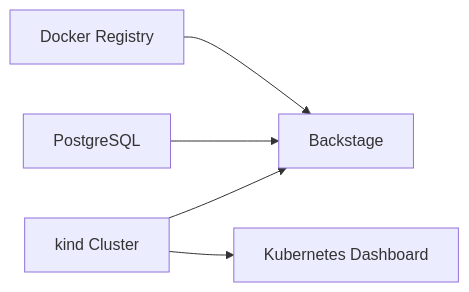
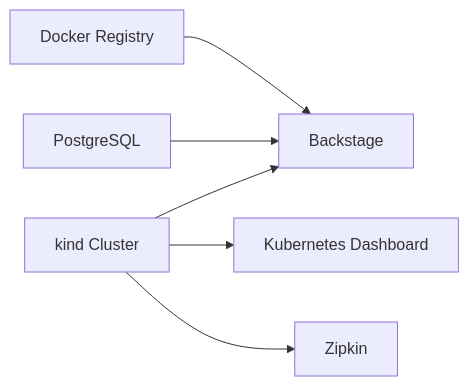
One commit to medimohammadise/elegant-infra-engine changed the third of 3 diagrams in README.md. Above: the diagram before and after it, drawn with Mermaid. The commit also changed other lines of this file and 17 other files, not shown here.

````diff
--- a/README.md
+++ b/README.md
@@ -75,7 +81,8 @@
 ```mermaid
 flowchart LR
   Registry["Docker Registry"] --> BackstageApp["Backstage"]
   PostgresDb["PostgreSQL"] --> BackstageApp
   KindCluster["kind Cluster"] --> BackstageApp
   KindCluster --> DashboardUi["Kubernetes Dashboard"]
+  KindCluster --> ZipkinUi["Zipkin"]
 ```
````
